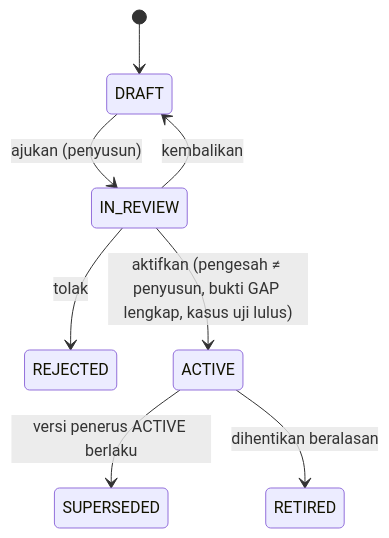
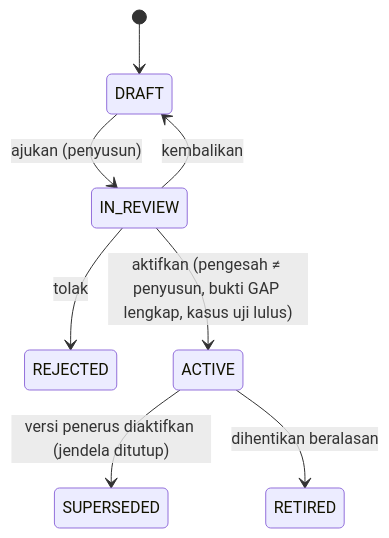
One commit to yusufarst/PRANATA-UNY changed the diagram in docs/04-architecture/POLICY_REGISTRY.md. Above: the diagram before and after it, drawn with Mermaid. The commit also changed other lines of this file and 38 other files, not shown here.

````diff
--- a/docs/04-architecture/POLICY_REGISTRY.md
+++ b/docs/04-architecture/POLICY_REGISTRY.md
@@ -35,10 +35,10 @@
 ```mermaid
 stateDiagram-v2
   [*] --> DRAFT
   DRAFT --> IN_REVIEW: ajukan (penyusun)
   IN_REVIEW --> DRAFT: kembalikan
   IN_REVIEW --> REJECTED: tolak
   IN_REVIEW --> ACTIVE: aktifkan (pengesah ≠ penyusun, bukti GAP lengkap, kasus uji lulus)
-  ACTIVE --> SUPERSEDED: versi penerus ACTIVE berlaku
+  ACTIVE --> SUPERSEDED: versi penerus diaktifkan (jendela ditutup)
   ACTIVE --> RETIRED: dihentikan beralasan
 ```
````
